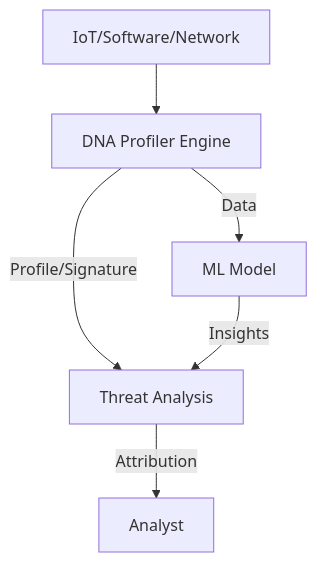
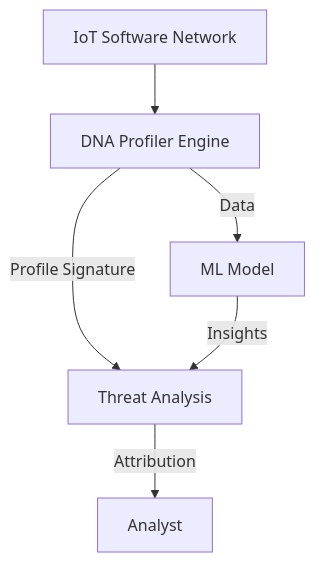
The first of 3 diagrams in docs/architecture/emerging_tech.md (TheHaywire/special-waffle), drawn with Mermaid before and after one commit. The commit also changed other lines of this file and 9 other files, not shown here.

Commit message:
fix(docs): systematically fix all Mermaid diagrams for compatibility and clarity across architecture and industry guides

````diff
--- a/docs/architecture/emerging_tech.md
+++ b/docs/architecture/emerging_tech.md
@@ -11,8 +11,8 @@
 ```mermaid
 flowchart TD
-    A[IoT/Software/Network] --> B[DNA Profiler Engine]
-    B -->|Profile/Signature| C[Threat Analysis]
+    A[IoT Software Network] --> B[DNA Profiler Engine]
+    B -->|Profile Signature| C[Threat Analysis]
     C -->|Attribution| D[Analyst]
     B -->|Data| E[ML Model]
     E -->|Insights| C
 ```
````
